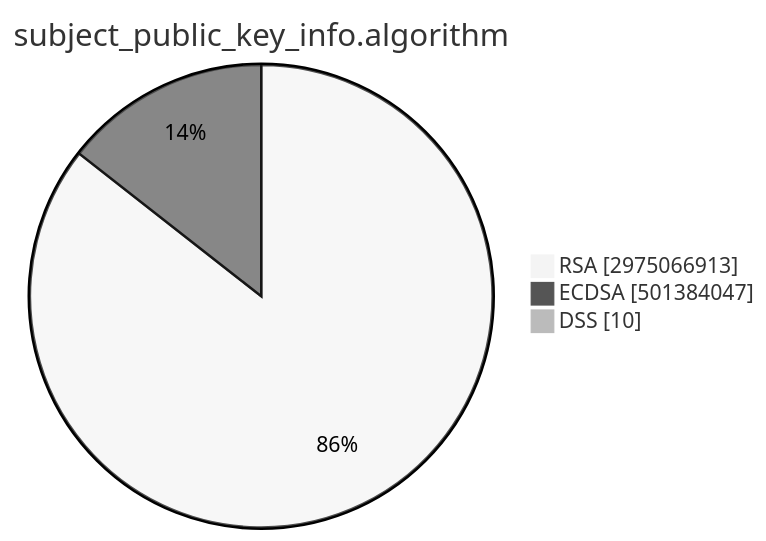
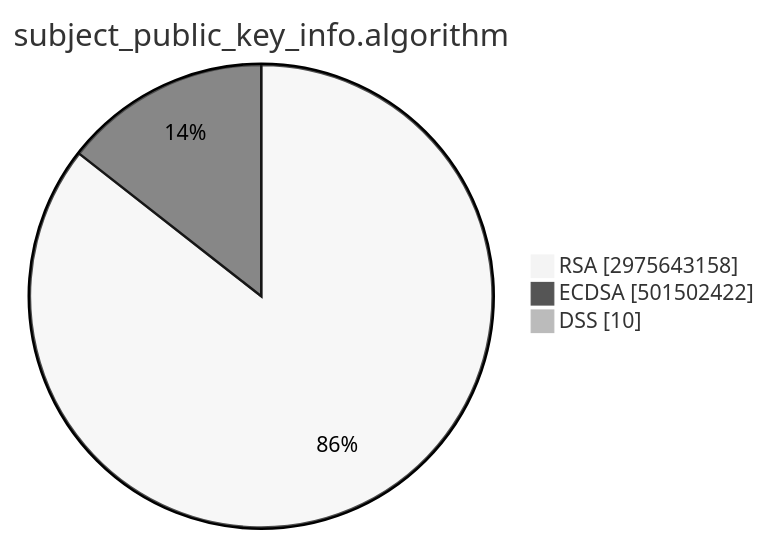
Before and after one commit to christiankrug/ctmonitor_visualization: the second of 15 diagrams in TOTAL/README.md, drawn with Mermaid (neutral theme). The commit also changed other lines of this file, not shown here.

````diff
--- a/TOTAL/README.md
+++ b/TOTAL/README.md
@@ -6,7 +6,7 @@
 ```mermaid
 pie showData
 title subject_public_key_info.algorithm
-"RSA" :2975066913
-"ECDSA" :501384047
+"RSA" :2975643158
+"ECDSA" :501502422
 "DSS" :10
 ```
````
